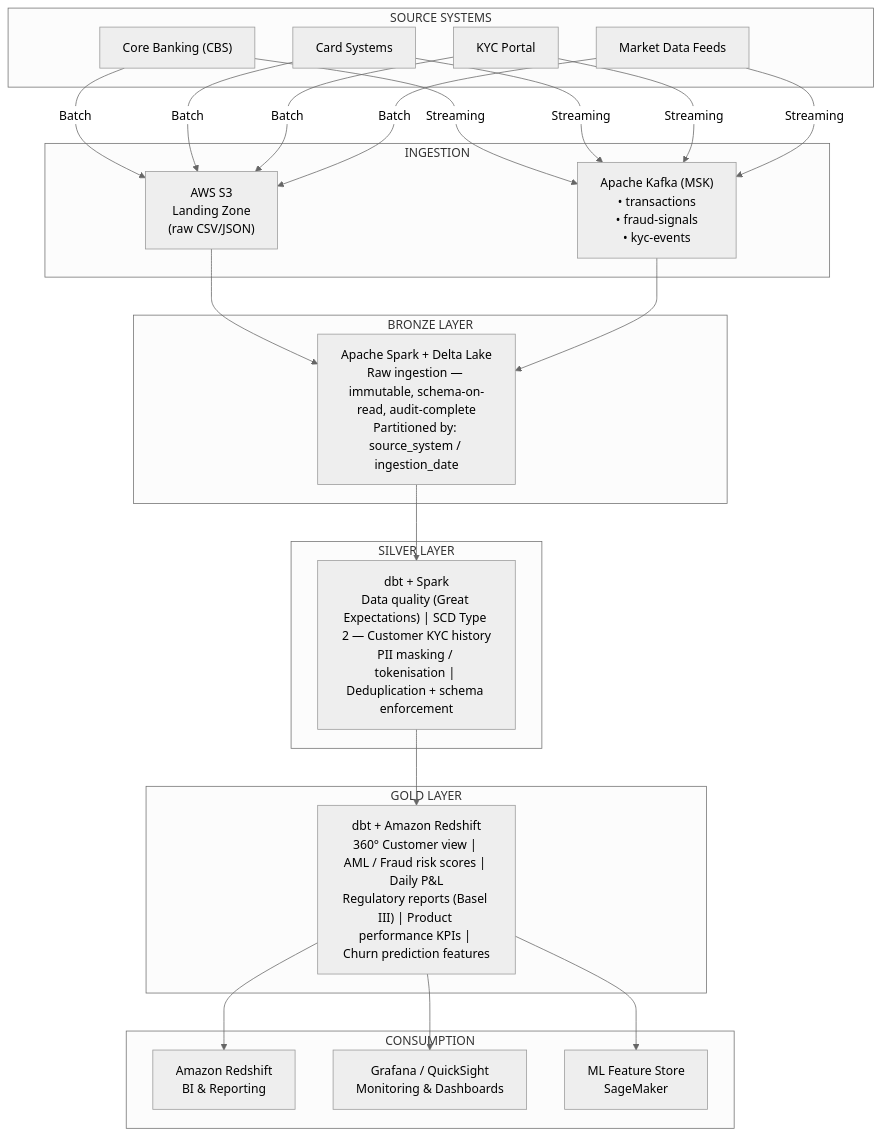
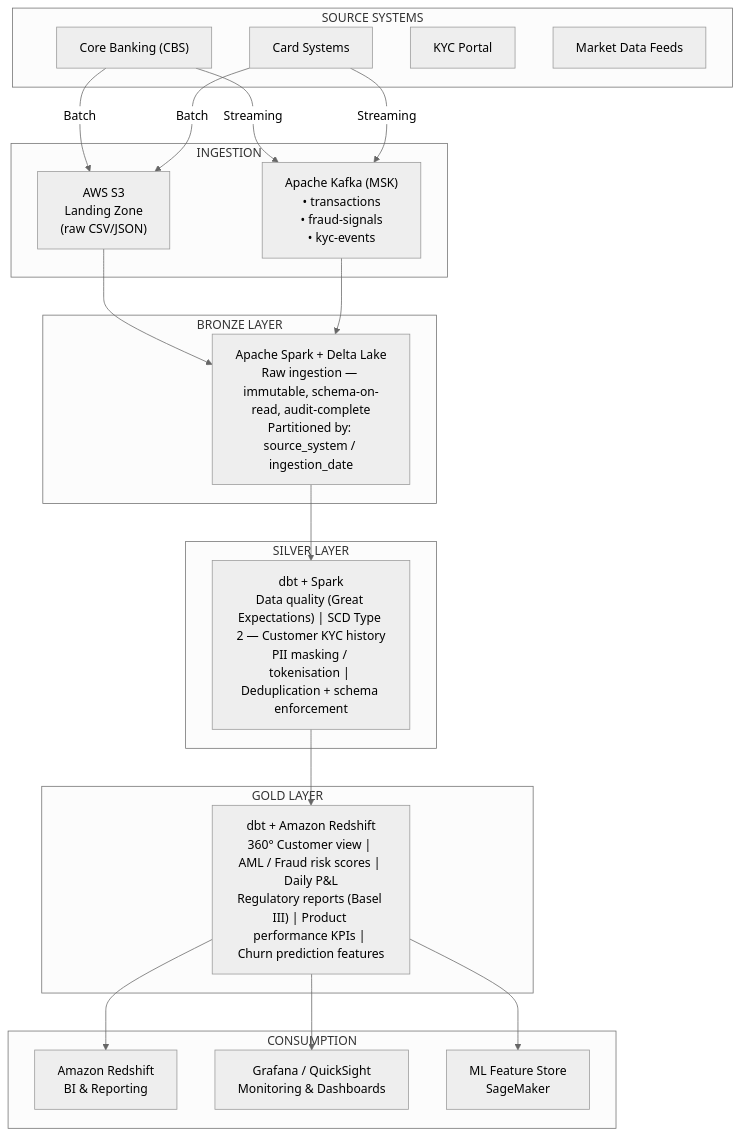
Before and after one commit to yassine-fetoui/Banking-Data-Engineering-Platform: the diagram in README.md, drawn with Mermaid (neutral theme).

Commit message:
Remove KYC and MDF from README flow diagrams
Removed KYC and MDF entries from Batch and Streaming sections.

````diff
--- a/README.md
+++ b/README.md
@@ -13,50 +13,48 @@
 ```mermaid
 flowchart TB
     subgraph SRC[" SOURCE SYSTEMS"]
         CBS["Core Banking (CBS)"]
         CARD["Card Systems"]
         KYC["KYC Portal"]
         MDF["Market Data Feeds"]
     end
 
     subgraph ING[" INGESTION"]
         S3["AWS S3<br/>Landing Zone<br/>(raw CSV/JSON)"]
         KAFKA["Apache Kafka (MSK)<br/>• transactions<br/>• fraud-signals<br/>• kyc-events"]
     end
 
     subgraph BRONZE[" BRONZE LAYER"]
         B["Apache Spark + Delta Lake<br/>Raw ingestion — immutable, schema-on-read, audit-complete<br/>Partitioned by: source_system / ingestion_date"]
     end
 
     subgraph SILVER[" SILVER LAYER"]
         S["dbt + Spark<br/>Data quality (Great Expectations) | SCD Type 2 — Customer KYC history<br/>PII masking / tokenisation | Deduplication + schema enforcement"]
     end
 
     subgraph GOLD["GOLD LAYER"]
         G["dbt + Amazon Redshift<br/>360° Customer view | AML / Fraud risk scores | Daily P&L<br/>Regulatory reports (Basel III) | Product performance KPIs | Churn prediction features"]
     end
 
     subgraph CONS["CONSUMPTION"]
         RS["Amazon Redshift<br/>BI & Reporting"]
         GRAF["Grafana / QuickSight<br/>Monitoring & Dashboards"]
         ML["ML Feature Store<br/>SageMaker"]
     end
 
     CBS -->|"Batch "| S3
     CARD -->|"Batch "| S3
-    KYC -->|"Batch "| S3
-    MDF -->|"Batch "| S3
+   
     
     CBS -->|"Streaming"| KAFKA
     CARD -->|"Streaming"| KAFKA
-    KYC -->|"Streaming"| KAFKA
-    MDF -->|"Streaming"| KAFKA
+  
 
     S3 --> B
     KAFKA --> B
     B --> S
     S --> G
     G --> RS
     G --> GRAF
     G --> ML
 ```
````
